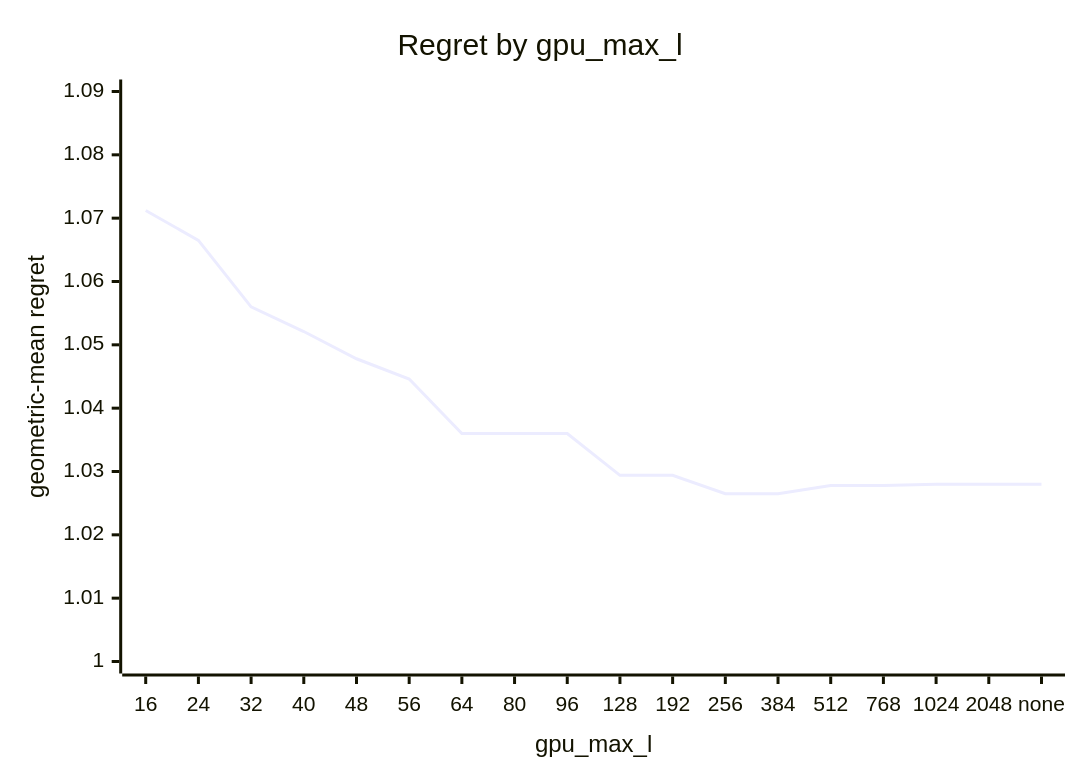
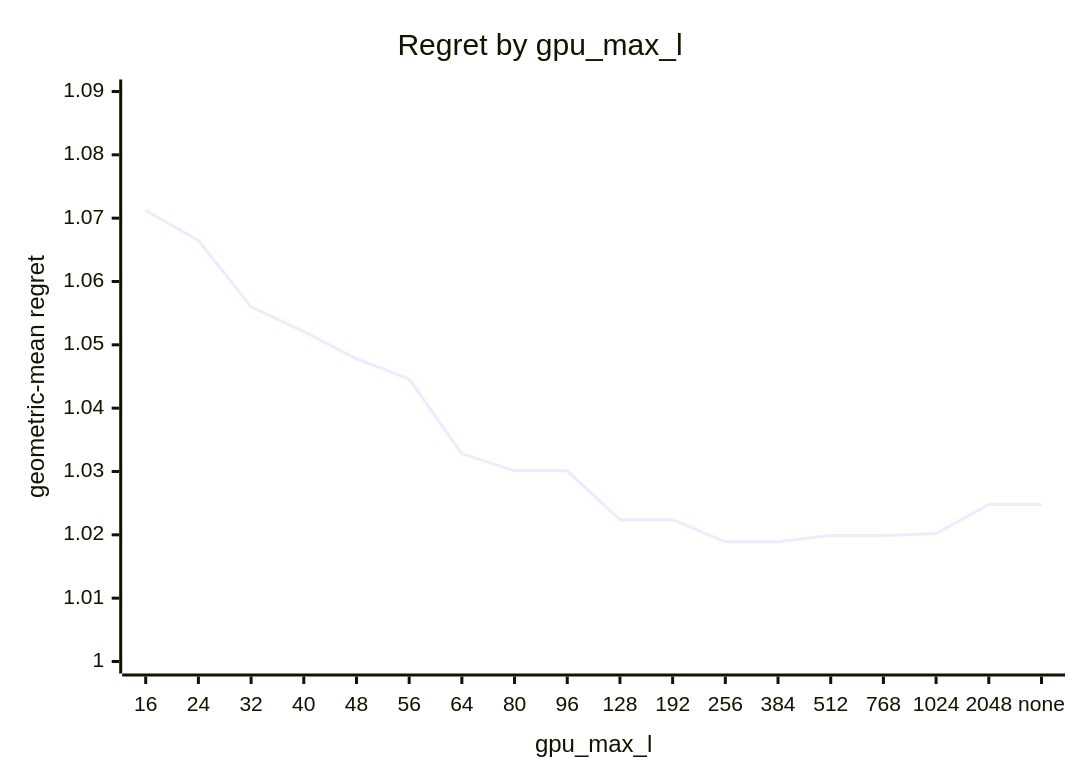
The seventh of 9 diagrams in docs/results/apple-m5-pro-20gpu/20261003-c0878c/svd/report.md (c0rmac/metal-linalg), drawn with Mermaid before and after one commit. The commit also changed other lines of this file and 82 other files, not shown here.

````diff
--- a/docs/results/apple-m5-pro-20gpu/20261003-c0878c/svd/report.md
+++ b/docs/results/apple-m5-pro-20gpu/20261003-c0878c/svd/report.md
@@ -276,7 +278,7 @@
 ```mermaid
 xychart-beta
     title "Regret by gpu_max_l"
     x-axis "gpu_max_l" [16, 24, 32, 40, 48, 56, 64, 80, 96, 128, 192, 256, 384, 512, 768, 1024, 2048, none]
     y-axis "geometric-mean regret" 1.0 --> 1.09
-    line [1.0712, 1.0665, 1.0560, 1.0521, 1.0478, 1.0446, 1.0360, 1.0360, 1.0360, 1.0294, 1.0294, 1.0265, 1.0265, 1.0278, 1.0278, 1.0280, 1.0280, 1.0280]
+    line [1.0712, 1.0665, 1.0560, 1.0521, 1.0478, 1.0446, 1.0328, 1.0301, 1.0301, 1.0224, 1.0224, 1.0189, 1.0189, 1.0199, 1.0199, 1.0202, 1.0248, 1.0248]
 ```
````
